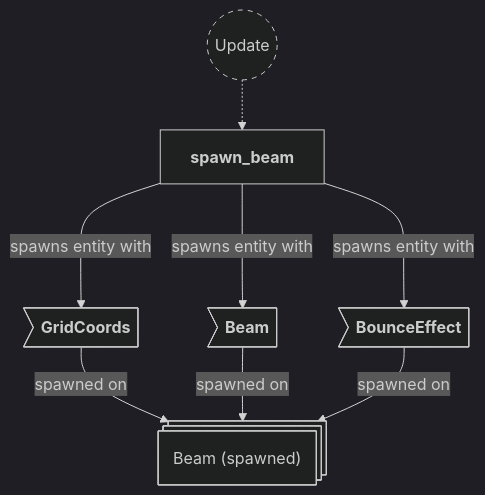
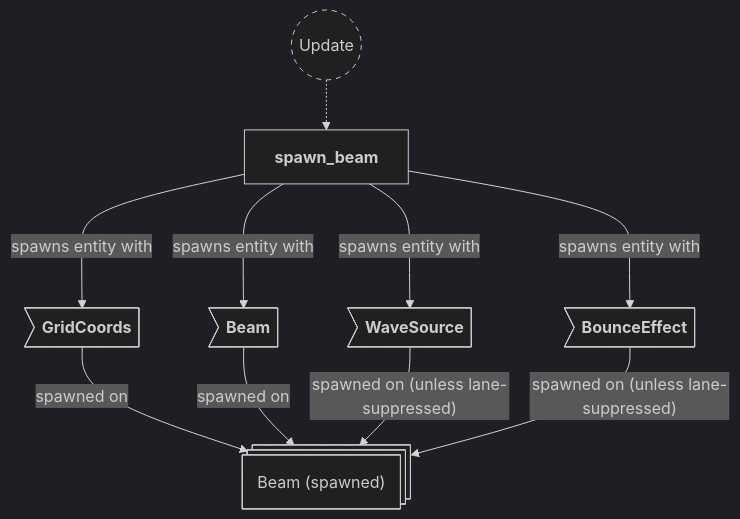
One commit to neurosoup/tyled changed the fifth of 12 diagrams in backlog/docs/doc-7 - 006-Beam-plugin.md. Above: the diagram before and after it, drawn with Mermaid. The commit also changed other lines of this file and 14 other files, not shown here.

````diff
--- a/backlog/docs/doc-7 - 006-Beam-plugin.md
+++ b/backlog/docs/doc-7 - 006-Beam-plugin.md
@@ -206,28 +206,31 @@
 ```mermaid
 ---
 config:
   theme: dark
 ---
 
 flowchart TD
 classDef system-group stroke-dasharray: 5 5
 
 update(("`Update`")):::system-group
 spawn_beam["`**spawn_beam**`"]
 
 update -.-> spawn_beam
 
 beam_entity@{ shape: st-rect, label: "Beam (spawned)" }
 
 be_grid_coords>"`**GridCoords**`"]
 be_beam>"`**Beam**`"]
+be_wave_source>"`**WaveSource**`"]
 be_bounce>"`**BounceEffect**`"]
 
 be_grid_coords --> |spawned on| beam_entity
 be_beam --> |spawned on| beam_entity
-be_bounce --> |spawned on| beam_entity
+be_wave_source --> |"spawned on (unless lane-suppressed)"| beam_entity
+be_bounce --> |"spawned on (unless lane-suppressed)"| beam_entity
 
 spawn_beam ---> |spawns entity with| be_grid_coords
 spawn_beam ---> |spawns entity with| be_beam
+spawn_beam ---> |spawns entity with| be_wave_source
 spawn_beam ---> |spawns entity with| be_bounce
 ```
````
